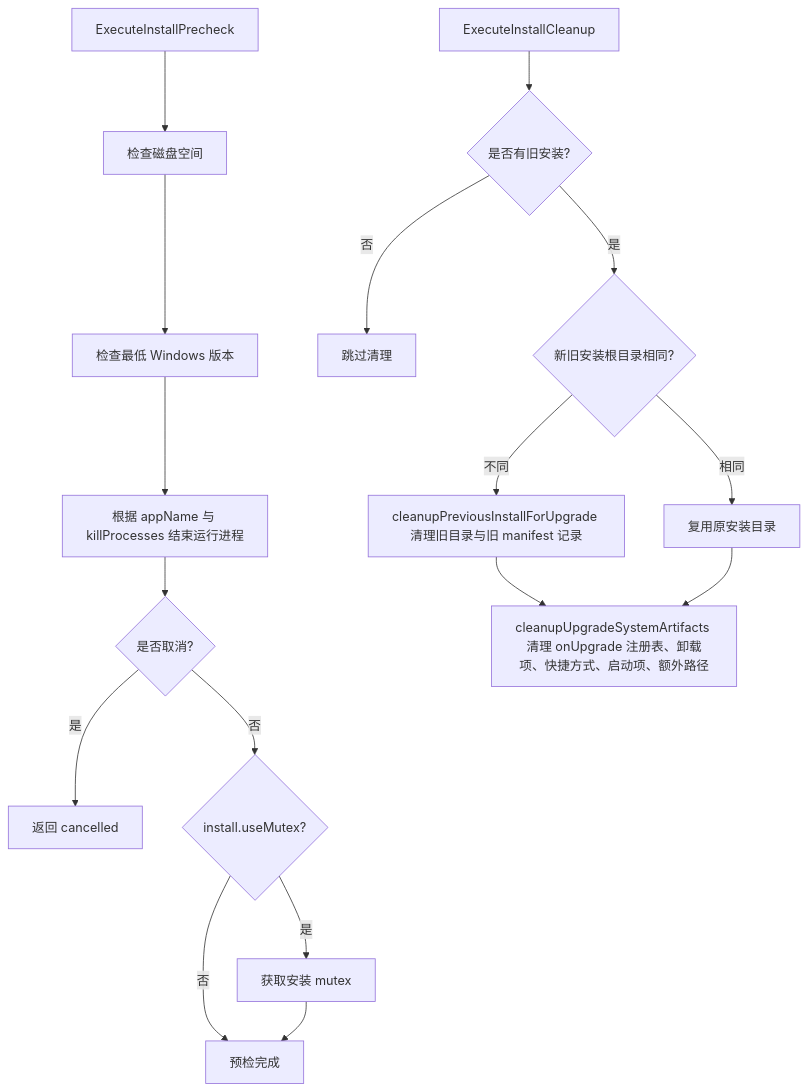
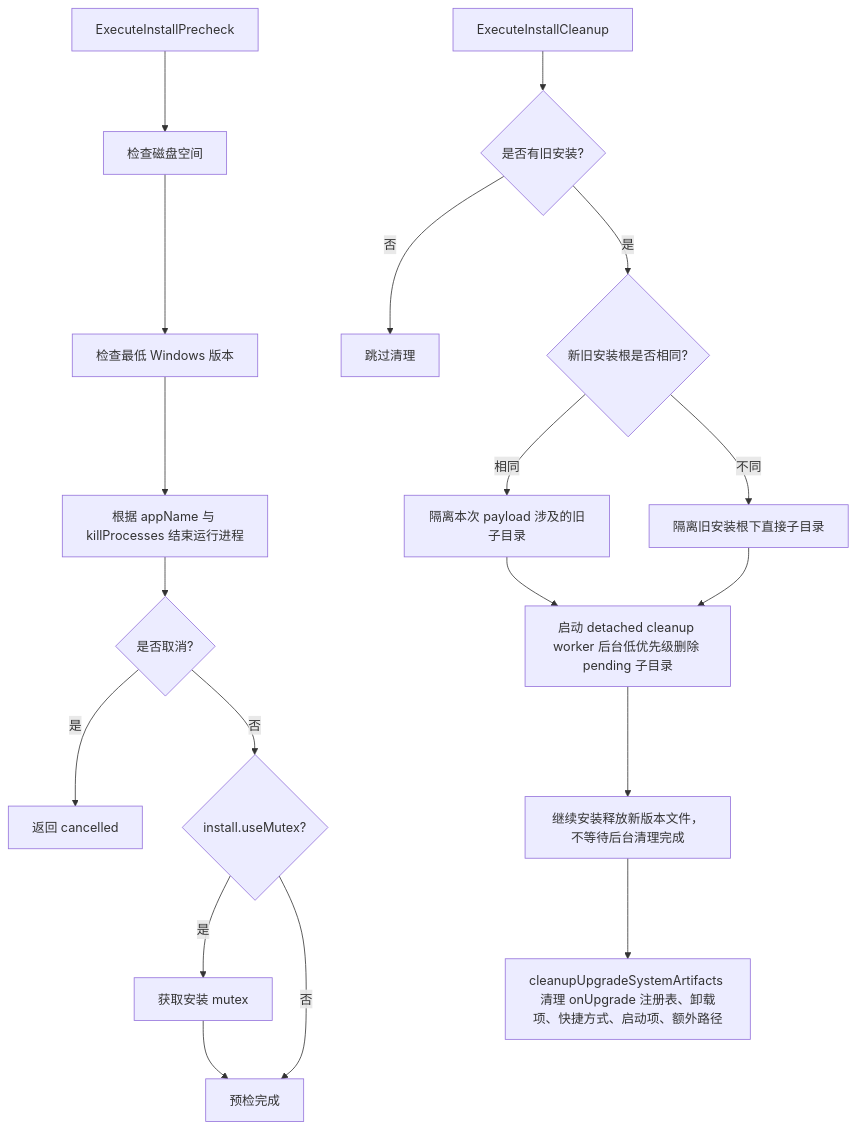
Before and after one commit to lu020218/Multi-Threaded_Installer: the sixth of 11 diagrams in docs/安装器流程图.md, drawn with Mermaid. The commit also changed other lines of this file and 1 other file, not shown here.

Commit message:
更新流程图文档

````diff
--- a/docs/安装器流程图.md
+++ b/docs/安装器流程图.md
@@ -126,20 +128,22 @@
 ```mermaid
 flowchart TD
-    A[ExecuteInstallPrecheck] --> B[检查磁盘空间]
-    B --> C[检查最低 Windows 版本]
-    C --> D[根据 appName 与 killProcesses 结束运行进程]
-    D --> E{是否取消?}
-    E -->|是| E1[返回 cancelled]
-    E -->|否| F{install.useMutex?}
-    F -->|是| F1[获取安装 mutex]
-    F -->|否| G[预检完成]
+    A["ExecuteInstallPrecheck"] --> B["检查磁盘空间"]
+    B --> C["检查最低 Windows 版本"]
+    C --> D["根据 appName 与 killProcesses 结束运行进程"]
+    D --> E{"是否取消?"}
+    E -->|是| E1["返回 cancelled"]
+    E -->|否| F{"install.useMutex?"}
+    F -->|是| F1["获取安装 mutex"]
+    F -->|否| G["预检完成"]
     F1 --> G
 
-    H[ExecuteInstallCleanup] --> I{是否有旧安装?}
-    I -->|否| I1[跳过清理]
-    I -->|是| J{新旧安装根目录相同?}
-    J -->|不同| K[cleanupPreviousInstallForUpgrade 清理旧目录与旧 manifest 记录]
-    J -->|相同| L[复用原安装目录]
-    K --> M[cleanupUpgradeSystemArtifacts 清理 onUpgrade 注册表、卸载项、快捷方式、启动项、额外路径]
+    H["ExecuteInstallCleanup"] --> I{"是否有旧安装?"}
+    I -->|否| I1["跳过清理"]
+    I -->|是| J{"新旧安装根是否相同?"}
+    J -->|相同| K["隔离本次 payload 涉及的旧子目录"]
+    J -->|不同| L["隔离旧安装根下直接子目录"]
+    K --> M["启动 detached cleanup worker 后台低优先级删除 pending 子目录"]
     L --> M
+    M --> N["继续安装释放新版本文件，不等待后台清理完成"]
+    N --> O["cleanupUpgradeSystemArtifacts 清理 onUpgrade 注册表、卸载项、快捷方式、启动项、额外路径"]
 ```
````
